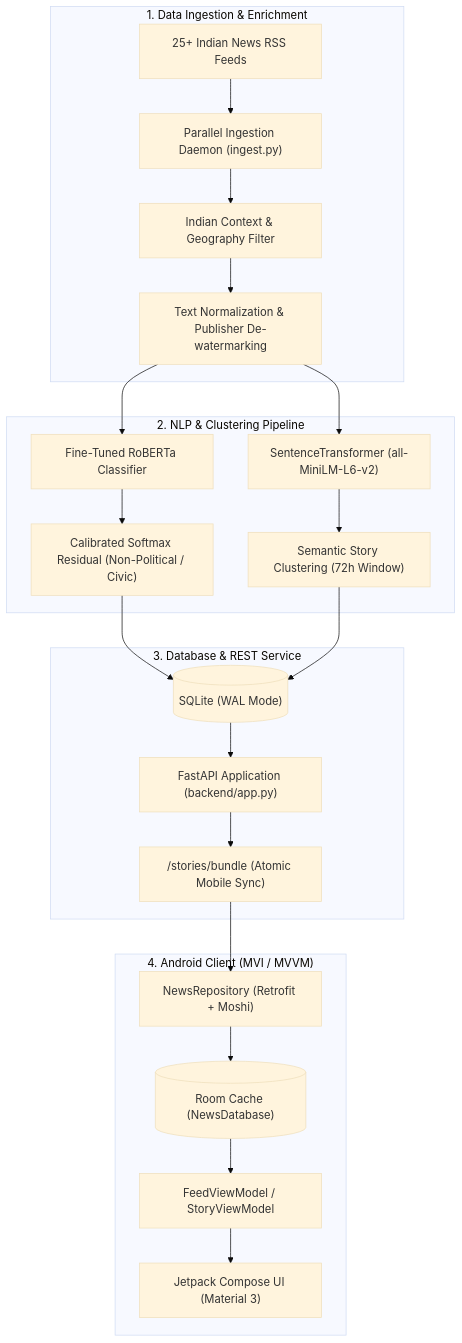
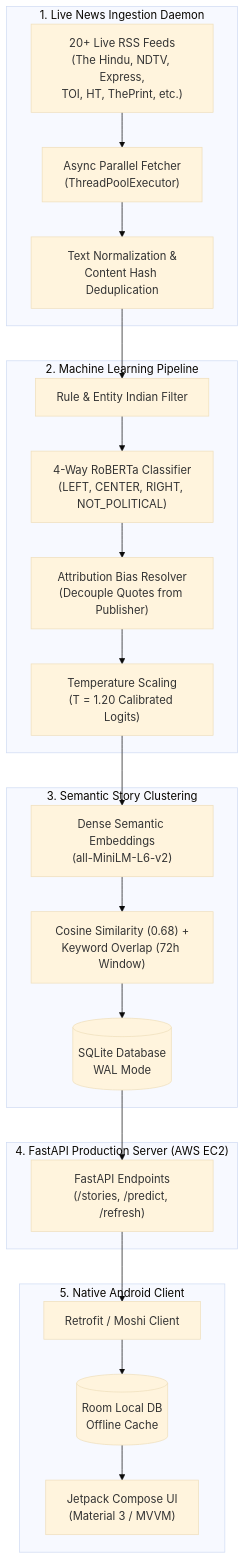
One commit to codingsoham/NewsBiasDetection changed the diagram in README.md. Above: the diagram before and after it, drawn with Mermaid (base theme). The commit also changed other lines of this file and 3 other files, not shown here.

Commit message:
docs: add screenshots and comprehensive system architecture to README

````diff
--- a/README.md
+++ b/README.md
@@ -37,29 +26,30 @@
 ```mermaid
 flowchart TD
-    subgraph Ingestion ["1. Data Ingestion & Enrichment"]
-        RSS["25+ Indian News RSS Feeds"] --> Crawler["Parallel Ingestion Daemon (ingest.py)"]
-        Crawler --> Filter["Indian Context & Geography Filter"]
-        Filter --> Cleaner["Text Normalization & Publisher De-watermarking"]
+    subgraph DataIngestion ["1. Live News Ingestion Daemon"]
+        RSS["20+ Live RSS Feeds\n(The Hindu, NDTV, Express,\nTOI, HT, ThePrint, etc.)"] --> Fetcher["Async Parallel Fetcher\n(ThreadPoolExecutor)"]
+        Fetcher --> Clean["Text Normalization &\nContent Hash Deduplication"]
     end
 
-    subgraph ML ["2. NLP & Clustering Pipeline"]
-        Cleaner --> Model["Fine-Tuned RoBERTa Classifier"]
-        Model --> Softmax["Calibrated Softmax Residual (Non-Political / Civic)"]
-        Cleaner --> Embed["SentenceTransformer (all-MiniLM-L6-v2)"]
-        Embed --> Clustering["Semantic Story Clustering (72h Window)"]
+    subgraph MLPipeline ["2. Machine Learning Pipeline"]
+        Clean --> IndianFilter["Rule & Entity Indian Filter"]
+        IndianFilter --> Gate["4-Way RoBERTa Classifier\n(LEFT, CENTER, RIGHT, NOT_POLITICAL)"]
+        Gate --> Attrib["Attribution Bias Resolver\n(Decouple Quotes from Publisher)"]
+        Attrib --> Calib["Temperature Scaling\n(T = 1.20 Calibrated Logits)"]
     end
 
-    subgraph Backend ["3. Database & REST Service"]
-        Softmax --> DB[("SQLite (WAL Mode)")]
-        Clustering --> DB
-        DB --> API["FastAPI Application (backend/app.py)"]
-        API --> Bundle["/stories/bundle (Atomic Mobile Sync)"]
+    subgraph ClusteringEngine ["3. Semantic Story Clustering"]
+        Calib --> Embed["Dense Semantic Embeddings\n(all-MiniLM-L6-v2)"]
+        Embed --> Cluster["Cosine Similarity (0.68) +\nKeyword Overlap (72h Window)"]
+        Cluster --> DB[(SQLite Database\nWAL Mode)]
     end
 
-    subgraph Android ["4. Android Client (MVI / MVVM)"]
-        Bundle --> Repo["NewsRepository (Retrofit + Moshi)"]
-        Repo --> Room[("Room Cache (NewsDatabase)")]
-        Room --> ViewModel["FeedViewModel / StoryViewModel"]
-        ViewModel --> Compose["Jetpack Compose UI (Material 3)"]
+    subgraph CloudAPI ["4. FastAPI Production Server (AWS EC2)"]
+        DB --> API["FastAPI Endpoints\n(/stories, /predict, /refresh)"]
+    end
+
+    subgraph Client ["5. Native Android Client"]
+        API --> Retrofit["Retrofit / Moshi Client"]
+        Retrofit --> RoomCache[(Room Local DB\nOffline Cache)]
+        RoomCache --> UI["Jetpack Compose UI\n(Material 3 / MVVM)"]
     end
 ```
````
